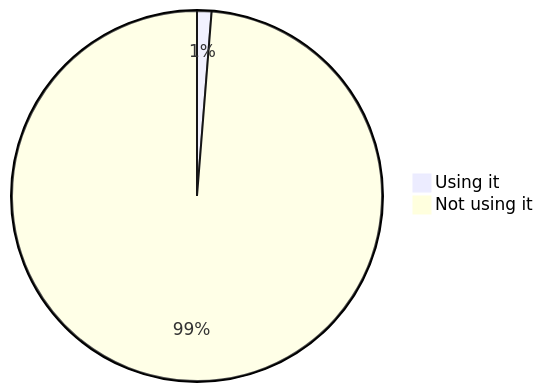
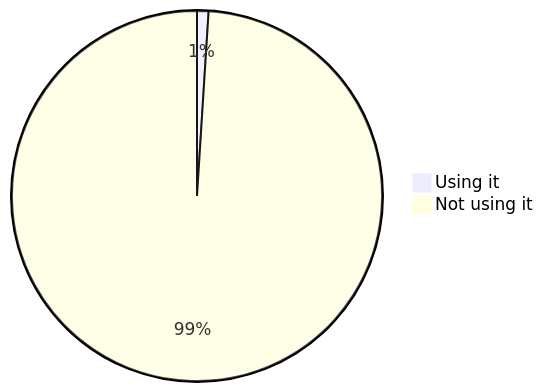
Before and after one commit to oshp/oshp-stats: the sixth of 22 diagrams in stats.md, drawn with Mermaid. The commit also changed other lines of this file, not shown here.

````diff
--- a/stats.md
+++ b/stats.md
@@ -70,6 +70,6 @@
 ```mermaid
 pie
-	"Using it" : 1.26
-	"Not using it" : 98.74
+	"Using it" : 1.0
+	"Not using it" : 99.0
 
 ```
````
